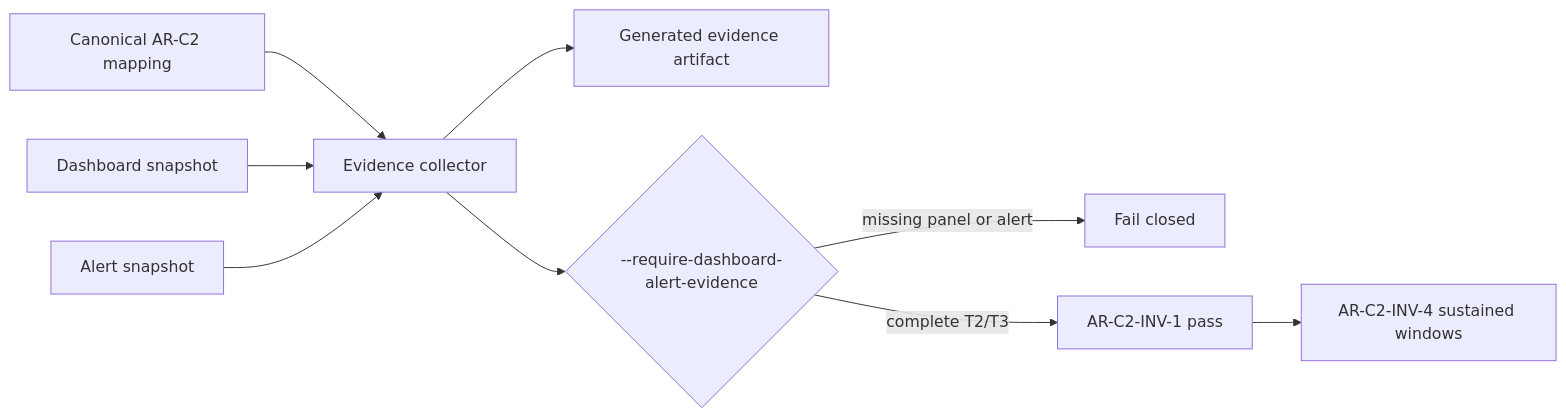
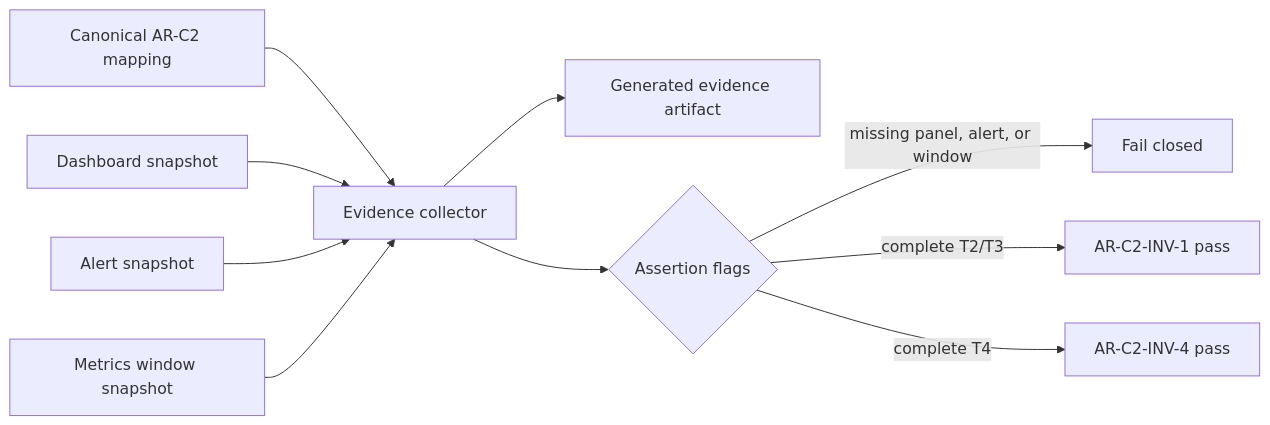
Before and after one commit to dunay2/dvt: the first of 2 diagrams in docs/architecture/components/engine/ops/ar-c2-immutable-evidence-gate-component.md, drawn with Mermaid. The commit also changed other lines of this file and 8 other files, not shown here.

Commit message:
fix(docs): Enforce AR-C2 sustained validation evidence

````diff
--- a/docs/architecture/components/engine/ops/ar-c2-immutable-evidence-gate-component.md
+++ b/docs/architecture/components/engine/ops/ar-c2-immutable-evidence-gate-component.md
@@ -82,11 +94,12 @@
 ```mermaid
 flowchart LR
   Mapping["Canonical AR-C2 mapping"] --> Collector["Evidence collector"]
   Dash["Dashboard snapshot"] --> Collector
   Alert["Alert snapshot"] --> Collector
   Collector --> Artifact["Generated evidence artifact"]
-  Collector --> Gate{"--require-dashboard-alert-evidence"}
-  Gate -->|missing panel or alert| Block["Fail closed"]
-  Gate -->|complete T2/T3| Pass["AR-C2-INV-1 pass"]
-  Pass --> Sustained["AR-C2-INV-4 sustained windows"]
+  Metrics["Metrics window snapshot"] --> Collector
+  Collector --> Gate{"Assertion flags"}
+  Gate -->|missing panel, alert, or window| Block["Fail closed"]
+  Gate -->|complete T2/T3| Inv1["AR-C2-INV-1 pass"]
+  Gate -->|complete T4| Inv4["AR-C2-INV-4 pass"]
 ```
````
